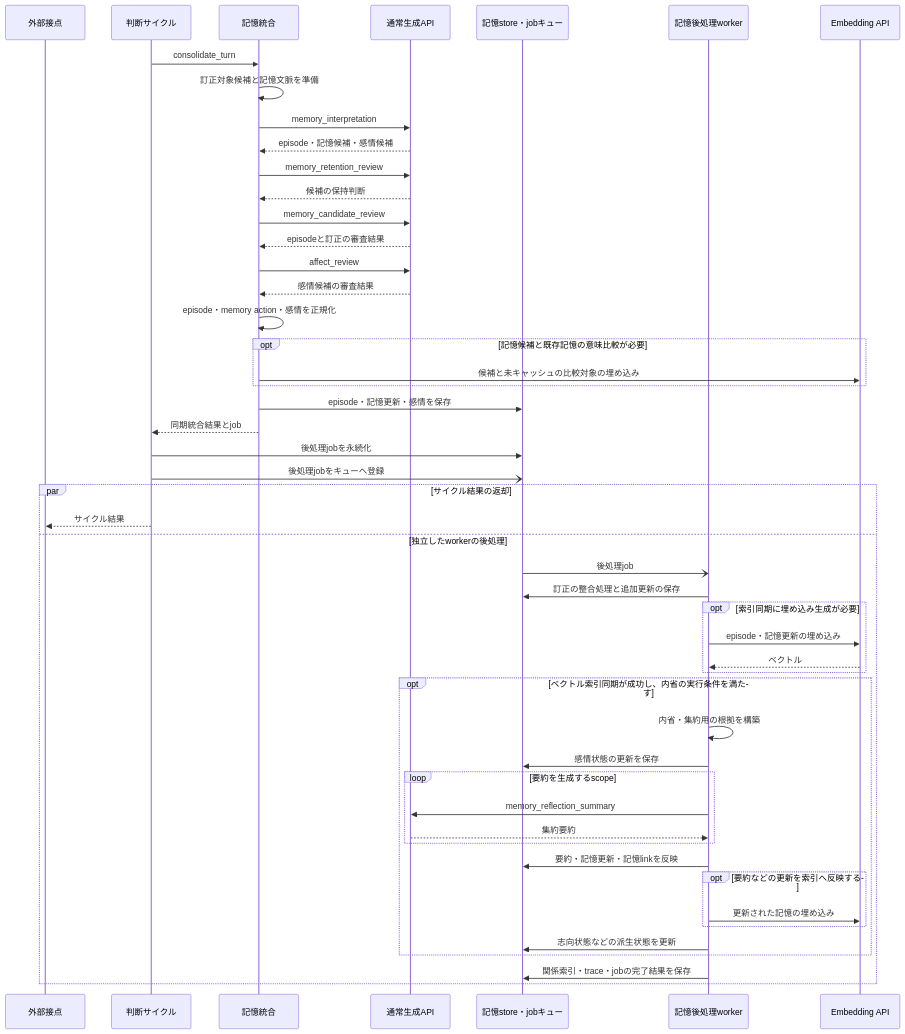
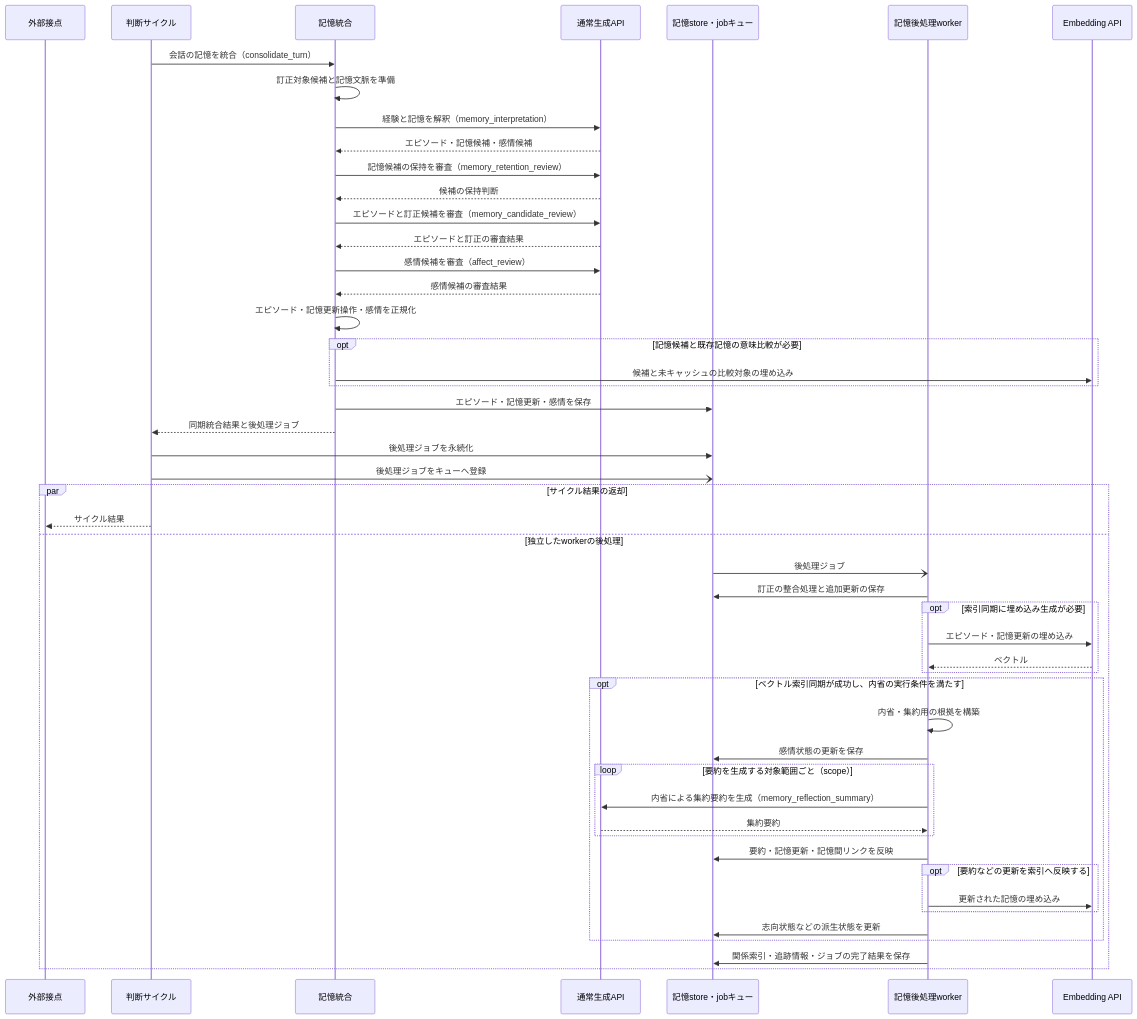
One commit to hirona98/OtomeKairo changed the sixth of 7 diagrams in docs/design/llm/LLM呼び出しシーケンス.md. Above: the diagram before and after it, drawn with Mermaid. The commit also changed other lines of this file, not shown here.

Commit message:
図1まで補足完了

````diff
--- a/docs/design/llm/LLM呼び出しシーケンス.md
+++ b/docs/design/llm/LLM呼び出しシーケンス.md
@@ -420,53 +401,53 @@
 ```mermaid
 sequenceDiagram
     participant U as 外部接点
     participant C as 判断サイクル
     participant M as 記憶統合
     participant G as 通常生成API
     participant S as 記憶store・jobキュー
     participant W as 記憶後処理worker
     participant E as Embedding API
 
-    C->>M: consolidate_turn
+    C->>M: 会話の記憶を統合（consolidate_turn）
     M->>M: 訂正対象候補と記憶文脈を準備
-    M->>G: memory_interpretation
-    G-->>M: episode・記憶候補・感情候補
-    M->>G: memory_retention_review
+    M->>G: 経験と記憶を解釈（memory_interpretation）
+    G-->>M: エピソード・記憶候補・感情候補
+    M->>G: 記憶候補の保持を審査（memory_retention_review）
     G-->>M: 候補の保持判断
-    M->>G: memory_candidate_review
-    G-->>M: episodeと訂正の審査結果
-    M->>G: affect_review
+    M->>G: エピソードと訂正候補を審査（memory_candidate_review）
+    G-->>M: エピソードと訂正の審査結果
+    M->>G: 感情候補を審査（affect_review）
     G-->>M: 感情候補の審査結果
-    M->>M: episode・memory action・感情を正規化
+    M->>M: エピソード・記憶更新操作・感情を正規化
     opt 記憶候補と既存記憶の意味比較が必要
         M->>E: 候補と未キャッシュの比較対象の埋め込み
     end
-    M->>S: episode・記憶更新・感情を保存
-    M-->>C: 同期統合結果とjob
-    C->>S: 後処理jobを永続化
-    C-)S: 後処理jobをキューへ登録
+    M->>S: エピソード・記憶更新・感情を保存
+    M-->>C: 同期統合結果と後処理ジョブ
+    C->>S: 後処理ジョブを永続化
+    C-)S: 後処理ジョブをキューへ登録
     par サイクル結果の返却
         C-->>U: サイクル結果
     and 独立したworkerの後処理
-        S-)W: 後処理job
+        S-)W: 後処理ジョブ
         W->>S: 訂正の整合処理と追加更新の保存
         opt 索引同期に埋め込み生成が必要
-            W->>E: episode・記憶更新の埋め込み
+            W->>E: エピソード・記憶更新の埋め込み
             E-->>W: ベクトル
         end
         opt ベクトル索引同期が成功し、内省の実行条件を満たす
             W->>W: 内省・集約用の根拠を構築
             W->>S: 感情状態の更新を保存
-            loop 要約を生成するscope
-                W->>G: memory_reflection_summary
+            loop 要約を生成する対象範囲ごと（scope）
+                W->>G: 内省による集約要約を生成（memory_reflection_summary）
                 G-->>W: 集約要約
             end
-            W->>S: 要約・記憶更新・記憶linkを反映
+            W->>S: 要約・記憶更新・記憶間リンクを反映
             opt 要約などの更新を索引へ反映する
                 W->>E: 更新された記憶の埋め込み
             end
             W->>S: 志向状態などの派生状態を更新
         end
-        W->>S: 関係索引・trace・jobの完了結果を保存
+        W->>S: 関係索引・追跡情報・ジョブの完了結果を保存
     end
 ```
````
